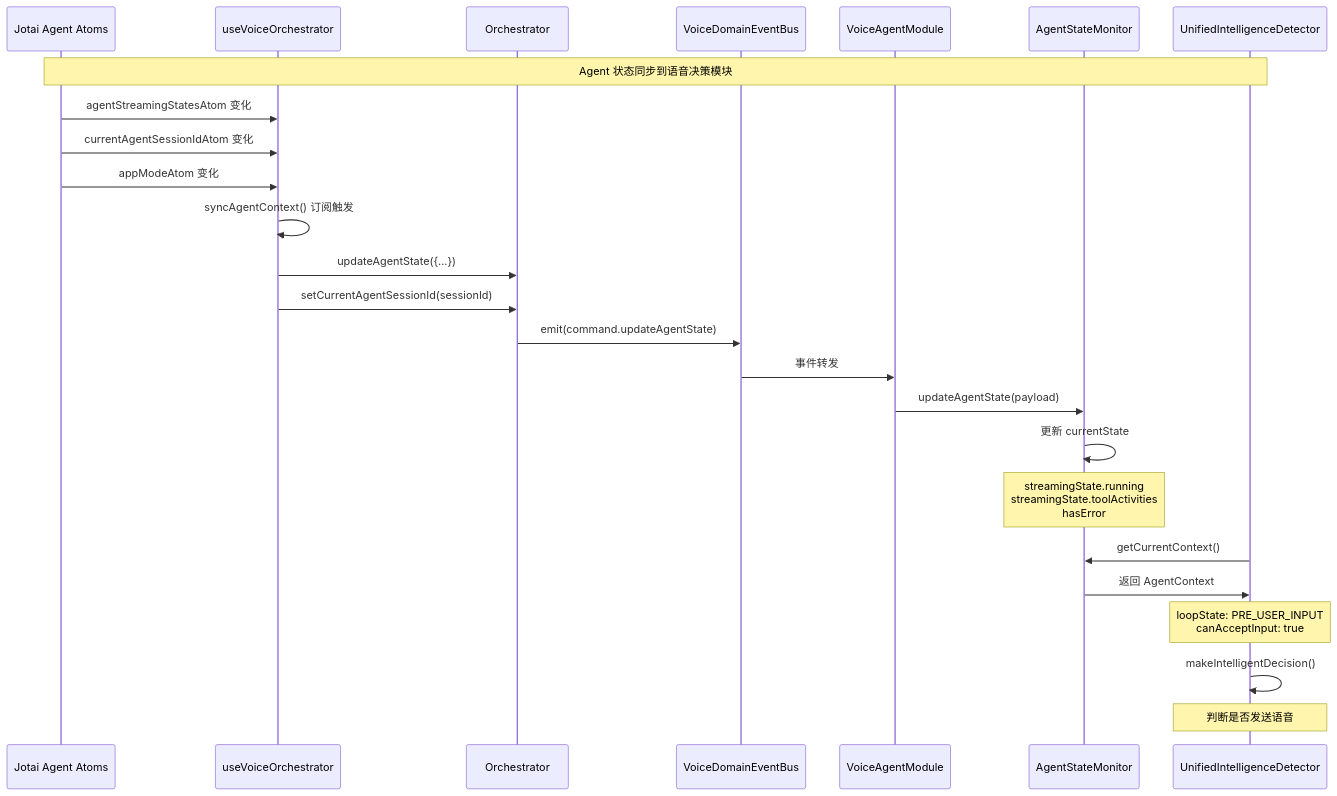
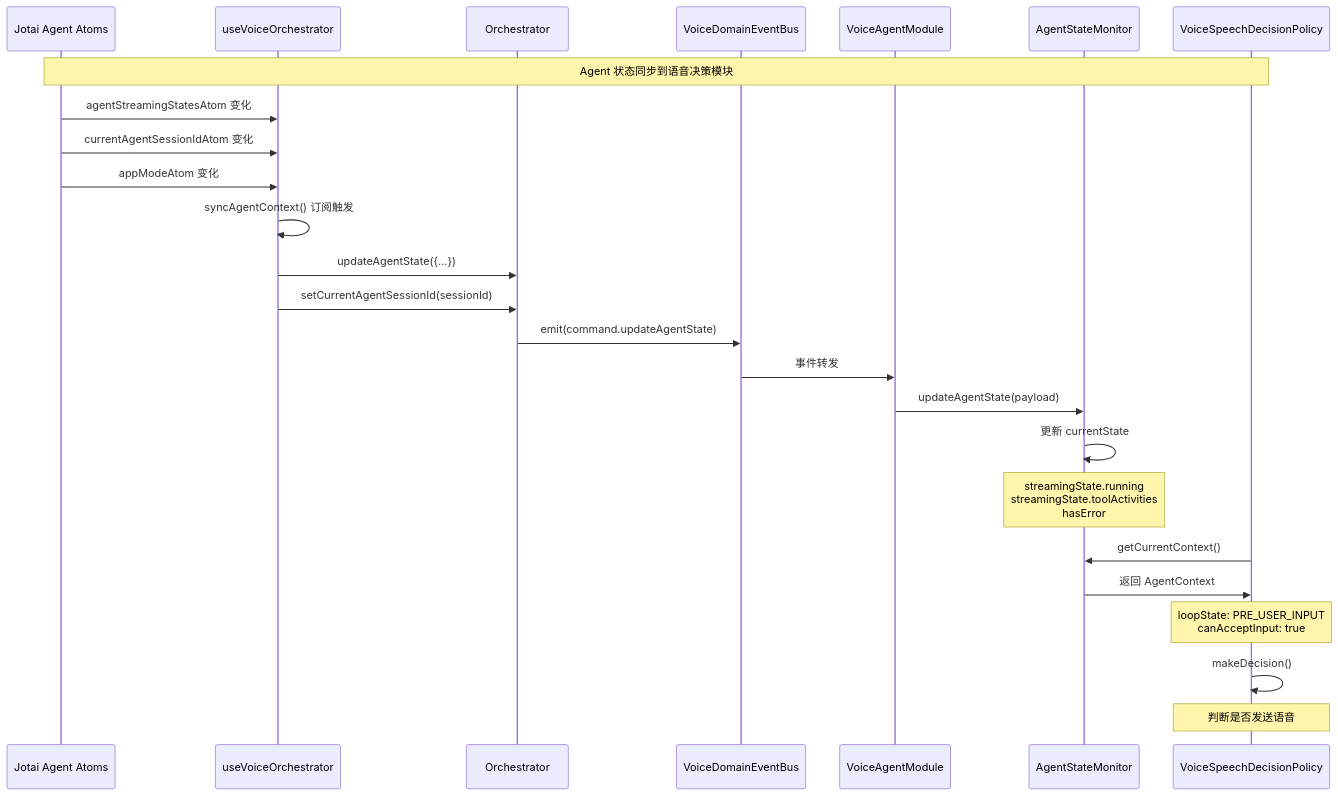
Before and after one commit to yjzaaa/porma_v1: the third of 8 diagrams in apps/electron/src/renderer/components/voice-dictation/CLAUDE.md, drawn with Mermaid. The commit also changed other lines of this file and 13 other files, not shown here.

````diff
--- a/apps/electron/src/renderer/components/voice-dictation/CLAUDE.md
+++ b/apps/electron/src/renderer/components/voice-dictation/CLAUDE.md
@@ -128,34 +117,34 @@
 ```mermaid
 sequenceDiagram
     participant Jotai as Jotai Agent Atoms
     participant Hook as useVoiceOrchestrator
     participant Orch as Orchestrator
     participant Bus as VoiceDomainEventBus
     participant AgentMod as VoiceAgentModule
     participant Monitor as AgentStateMonitor
-    participant Detector as UnifiedIntelligenceDetector
+    participant Policy as VoiceSpeechDecisionPolicy
 
-    Note over Jotai,Detector: Agent 状态同步到语音决策模块
+    Note over Jotai,Policy: Agent 状态同步到语音决策模块
 
     Jotai->>Hook: agentStreamingStatesAtom 变化
     Jotai->>Hook: currentAgentSessionIdAtom 变化
     Jotai->>Hook: appModeAtom 变化
 
     Hook->>Hook: syncAgentContext() 订阅触发
     Hook->>Orch: updateAgentState({...})
     Hook->>Orch: setCurrentAgentSessionId(sessionId)
 
     Orch->>Bus: emit(command.updateAgentState)
     Bus->>AgentMod: 事件转发
     AgentMod->>Monitor: updateAgentState(payload)
 
     Monitor->>Monitor: 更新 currentState
     Note over Monitor: streamingState.running<br/>streamingState.toolActivities<br/>hasError
 
-    Detector->>Monitor: getCurrentContext()
-    Monitor->>Detector: 返回 AgentContext
-    Note over Detector: loopState: PRE_USER_INPUT<br/>canAcceptInput: true
+    Policy->>Monitor: getCurrentContext()
+    Monitor->>Policy: 返回 AgentContext
+    Note over Policy: loopState: PRE_USER_INPUT<br/>canAcceptInput: true
 
-    Detector->>Detector: makeIntelligentDecision()
-    Note over Detector: 判断是否发送语音
+    Policy->>Policy: makeDecision()
+    Note over Policy: 判断是否发送语音
 ```
````
